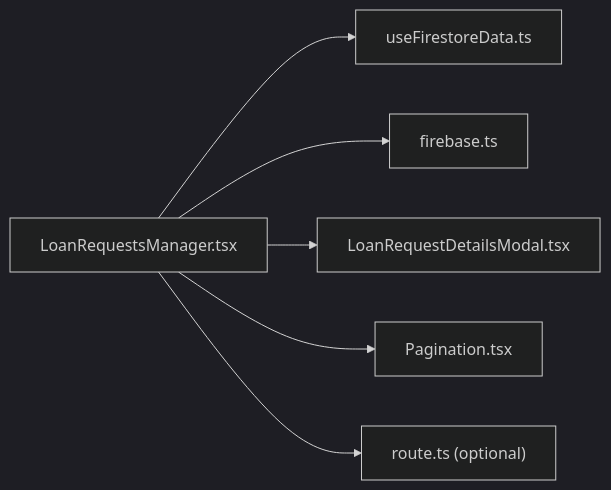
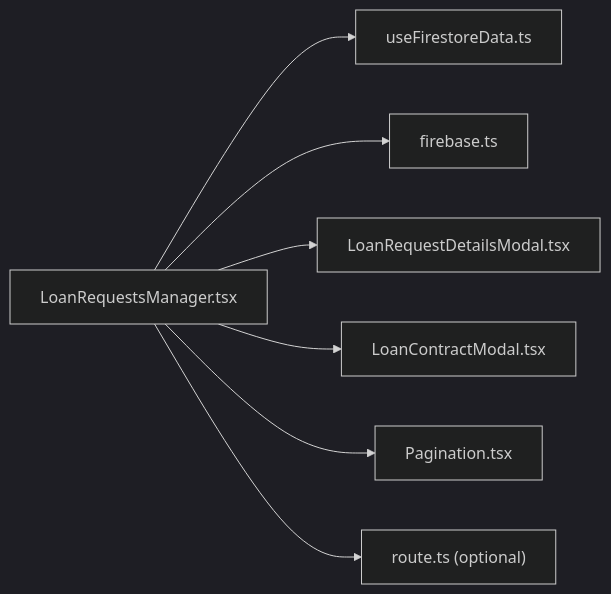
Before and after one commit to Unsure-bry/sampacoop_system: the fourth of 4 diagrams in .qoder/repowiki/en/content/Loan Management System/Loan Approval Process.md, drawn with Mermaid (dark theme). The commit also changed other lines of this file and 24 other files, not shown here.

````diff
--- a/.qoder/repowiki/en/content/Loan Management System/Loan Approval Process.md
+++ b/.qoder/repowiki/en/content/Loan Management System/Loan Approval Process.md
@@ -238,8 +291,9 @@
 ```mermaid
 graph LR
 LRM["LoanRequestsManager.tsx"] --> UFD["useFirestoreData.ts"]
 LRM --> FB["firebase.ts"]
 LRM --> LDM["LoanRequestDetailsModal.tsx"]
+LRM --> LCM["LoanContractModal.tsx"]
 LRM --> PAG["Pagination.tsx"]
 LRM --> API["route.ts (optional)"]
 ```
````
